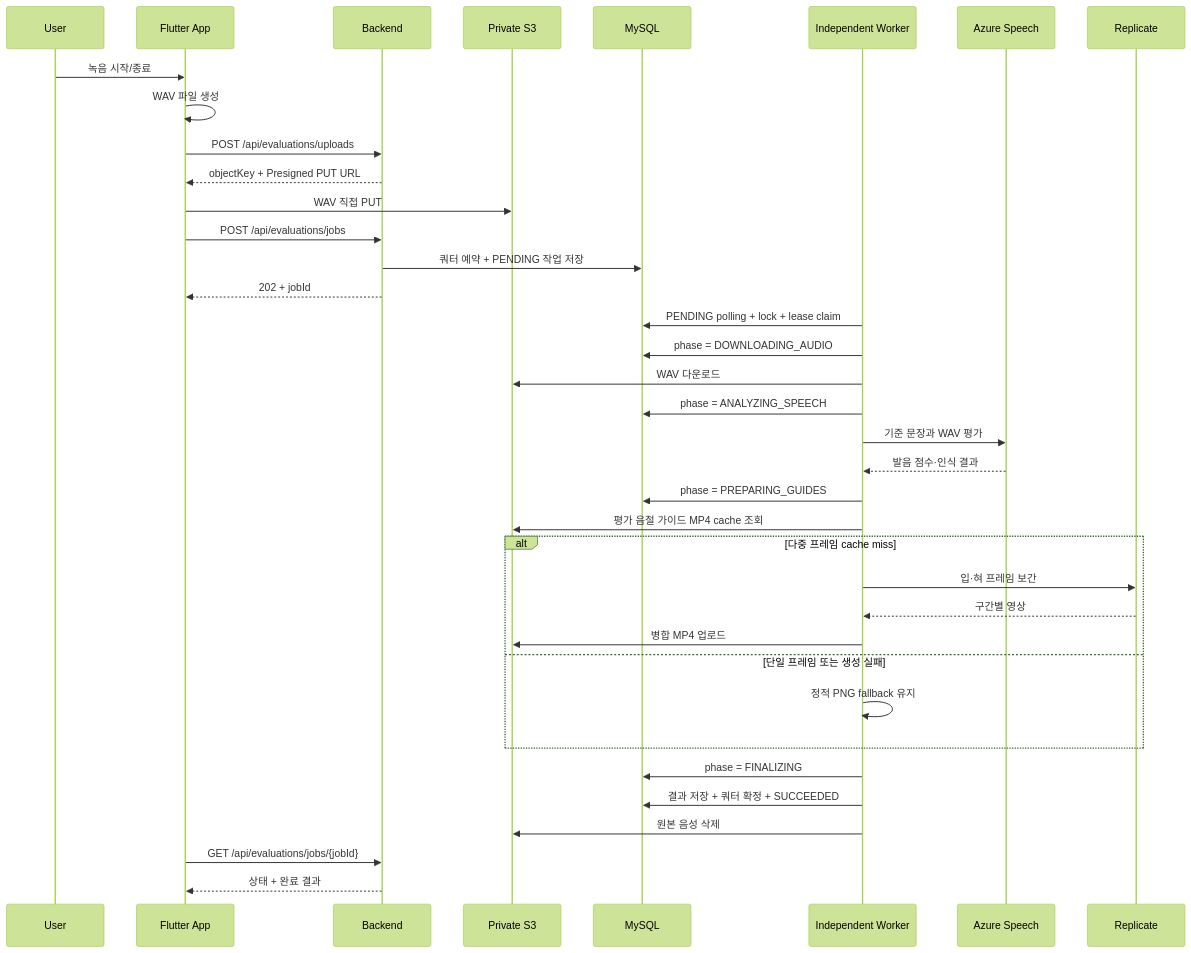
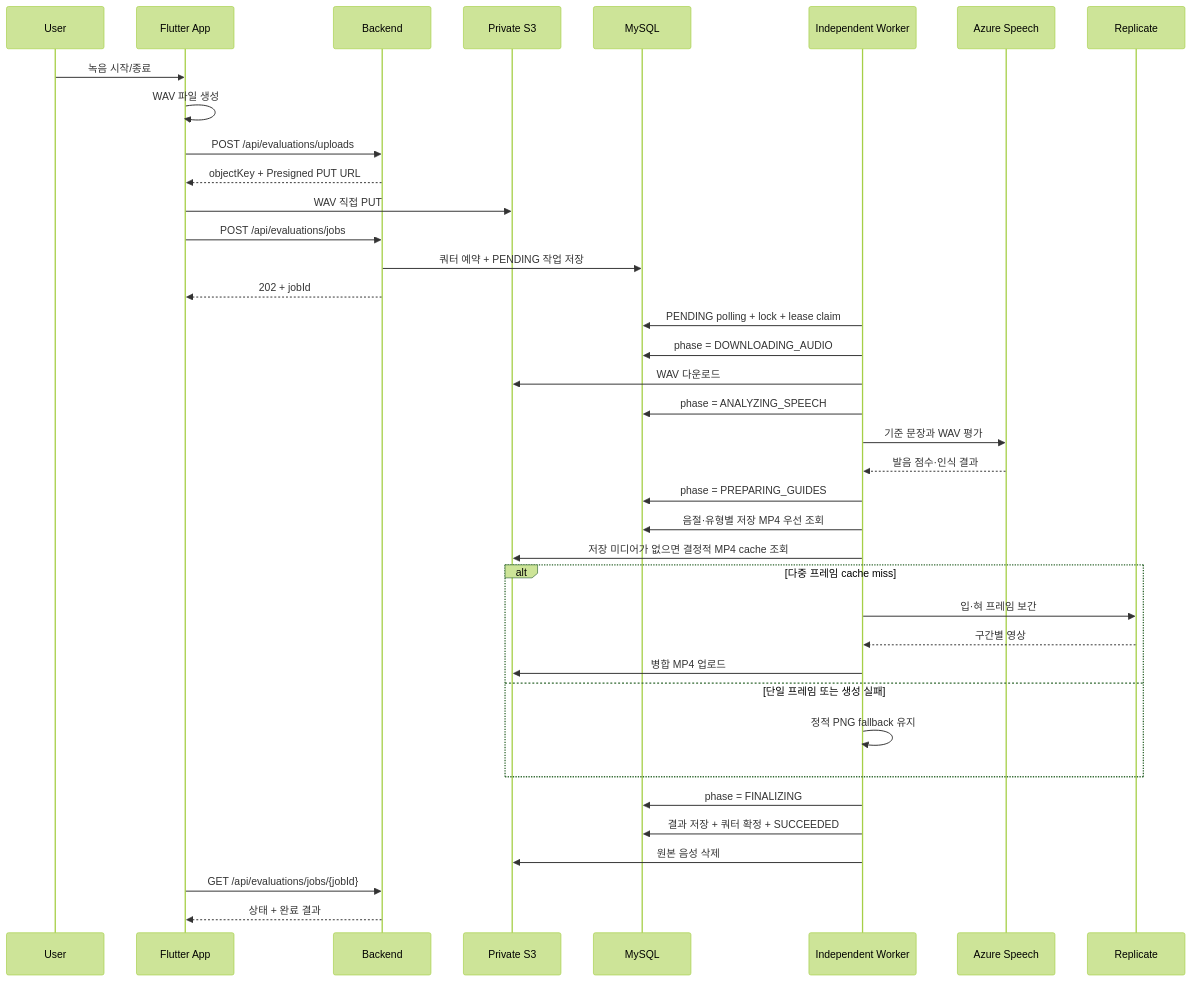
The second of 2 diagrams in docs/architecture/evaluation-flow.md (byeok99/LingKo), drawn with Mermaid (forest theme) before and after one commit. The commit also changed other lines of this file and 196 other files, not shown here.

````diff
--- a/docs/architecture/evaluation-flow.md
+++ b/docs/architecture/evaluation-flow.md
@@ -30,40 +30,41 @@
 ```mermaid
 sequenceDiagram
     participant U as User
     participant A as Flutter App
     participant B as Backend
     participant S as Private S3
     participant D as MySQL
     participant W as Independent Worker
     participant Z as Azure Speech
     participant R as Replicate
 
     U->>A: 녹음 시작/종료
     A->>A: WAV 파일 생성
     A->>B: POST /api/evaluations/uploads
     B-->>A: objectKey + Presigned PUT URL
     A->>S: WAV 직접 PUT
     A->>B: POST /api/evaluations/jobs
     B->>D: 쿼터 예약 + PENDING 작업 저장
     B-->>A: 202 + jobId
     W->>D: PENDING polling + lock + lease claim
     W->>D: phase = DOWNLOADING_AUDIO
     W->>S: WAV 다운로드
     W->>D: phase = ANALYZING_SPEECH
     W->>Z: 기준 문장과 WAV 평가
     Z-->>W: 발음 점수·인식 결과
     W->>D: phase = PREPARING_GUIDES
-    W->>S: 평가 음절 가이드 MP4 cache 조회
+    W->>D: 음절·유형별 저장 MP4 우선 조회
+    W->>S: 저장 미디어가 없으면 결정적 MP4 cache 조회
     alt 다중 프레임 cache miss
         W->>R: 입·혀 프레임 보간
         R-->>W: 구간별 영상
         W->>S: 병합 MP4 업로드
     else 단일 프레임 또는 생성 실패
         W->>W: 정적 PNG fallback 유지
     end
     W->>D: phase = FINALIZING
     W->>D: 결과 저장 + 쿼터 확정 + SUCCEEDED
     W->>S: 원본 음성 삭제
     A->>B: GET /api/evaluations/jobs/{jobId}
     B-->>A: 상태 + 완료 결과
 ```
````
